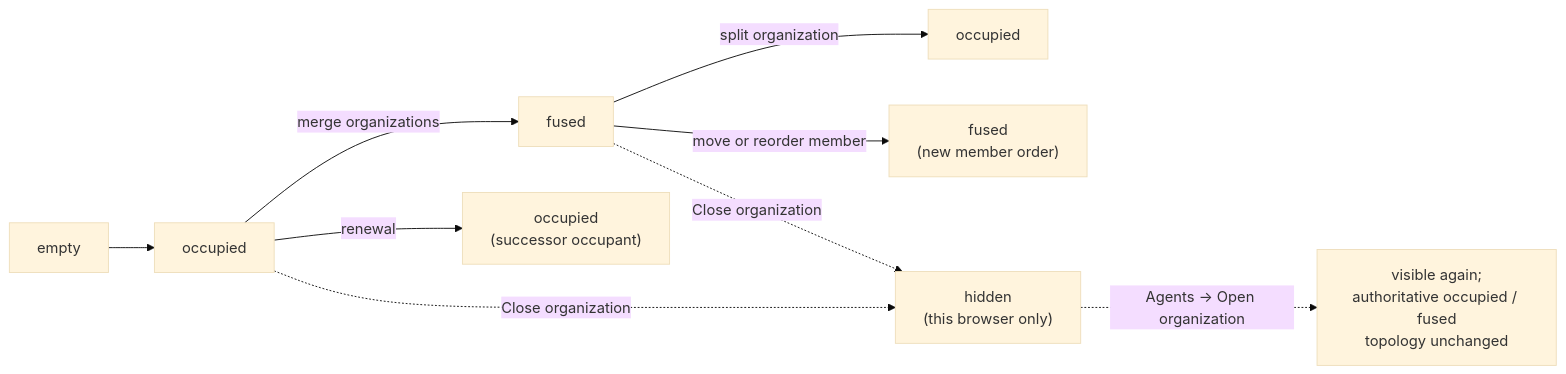
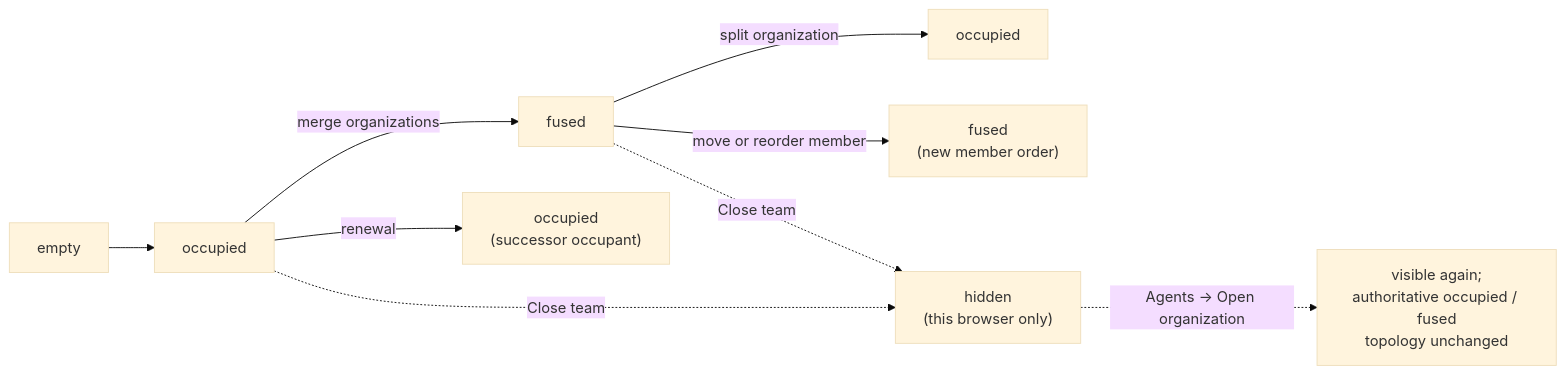
One commit to infimalabs/spice-rust changed diagram 14 of 19 in docs/product/model/states.md. Above: the diagram before and after it, drawn with Mermaid (base theme). The commit also changed other lines of this file and 9 other files, not shown here.

Commit message:
app: call the top-level close action a team

````diff
--- a/docs/product/model/states.md
+++ b/docs/product/model/states.md
@@ -322,11 +322,11 @@
 ```mermaid
 flowchart LR
   E["empty"] --> O["occupied"]
   O -->|"merge organizations"| F["fused"]
   O -->|"renewal"| OR["occupied<br/>(successor occupant)"]
   F -->|"split organization"| OS["occupied"]
   F -->|"move or reorder member"| FR["fused<br/>(new member order)"]
-  O -.->|"Close organization"| H["hidden<br/>(this browser only)"]
-  F -.->|"Close organization"| H
+  O -.->|"Close team"| H["hidden<br/>(this browser only)"]
+  F -.->|"Close team"| H
   H -.->|"Agents → Open organization"| V["visible again;<br/>authoritative occupied / fused<br/>topology unchanged"]
 ```
````
